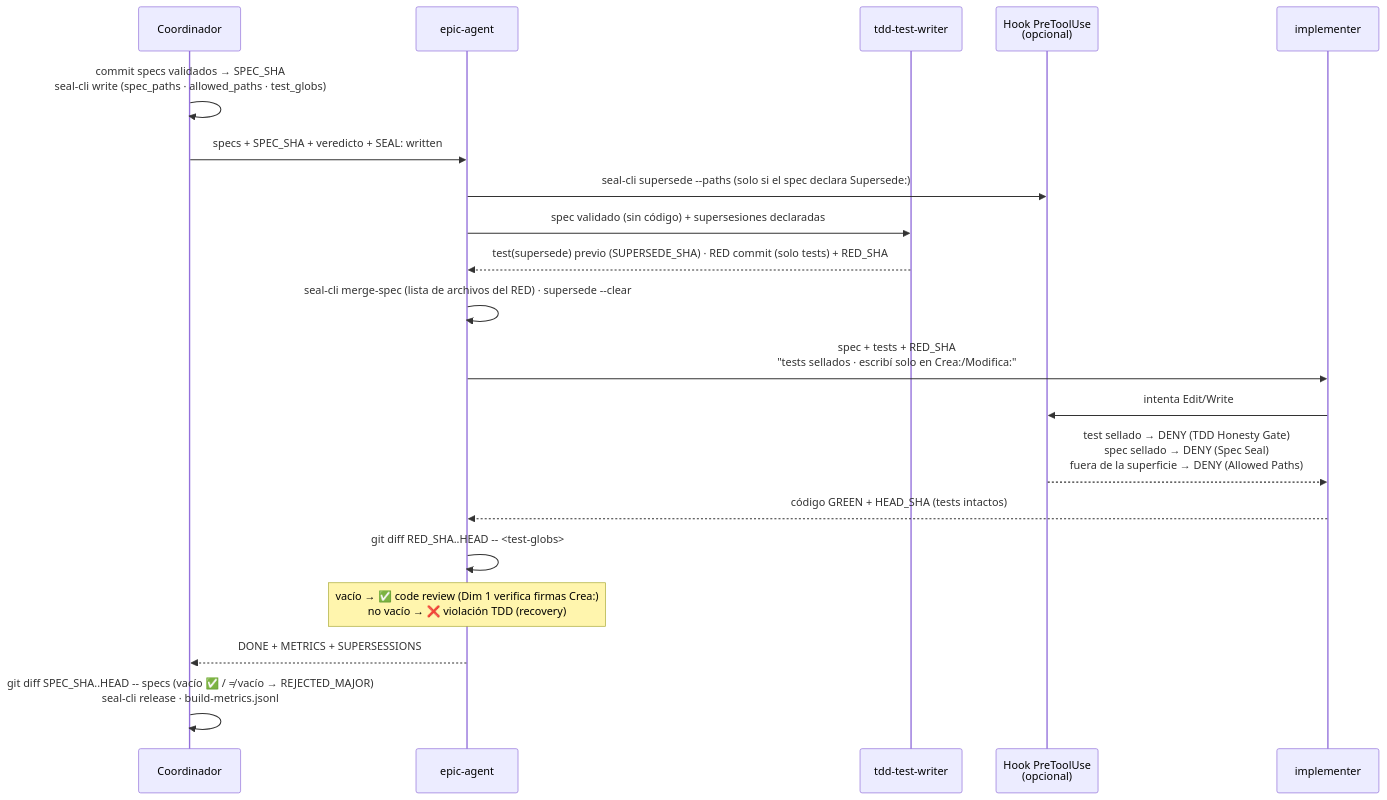
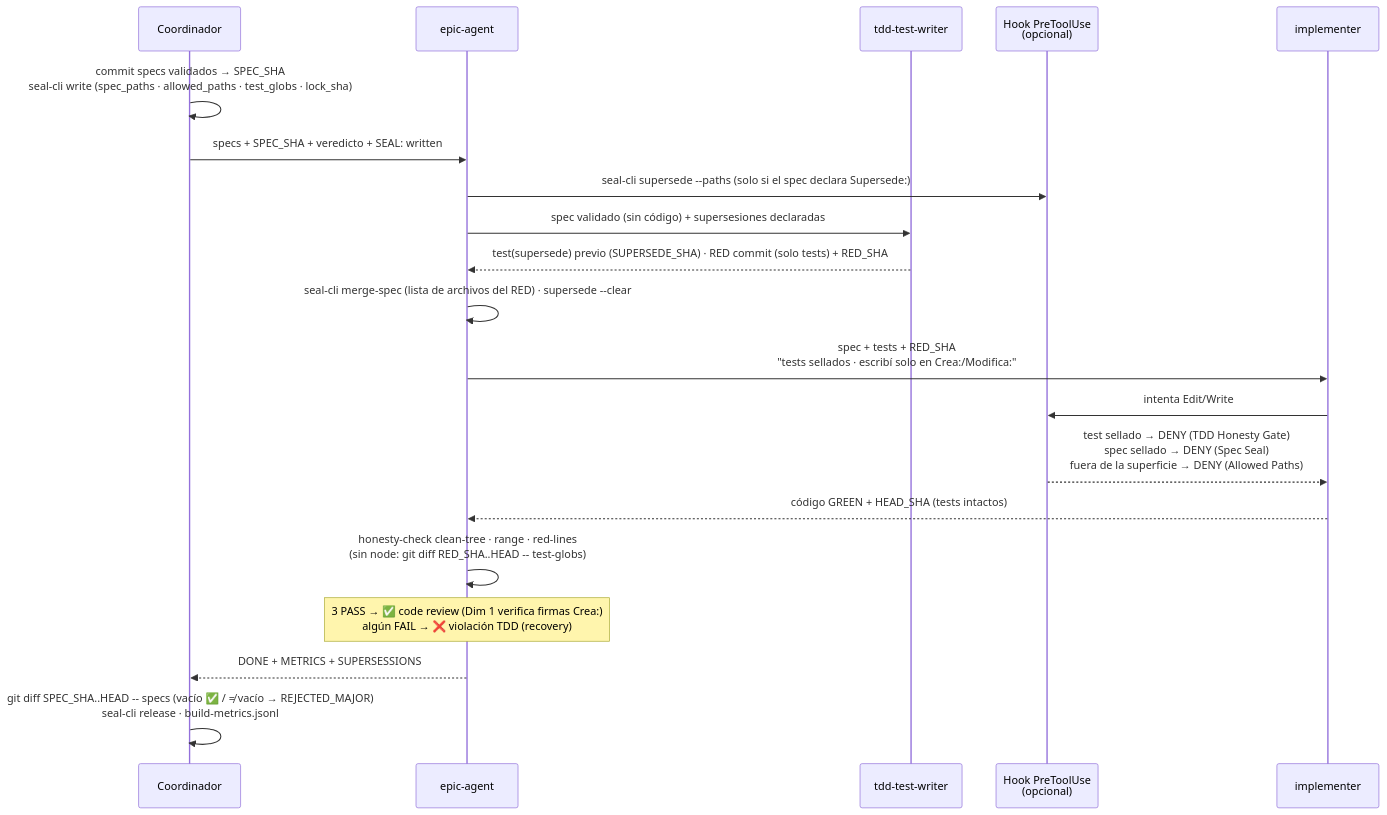
Before and after one commit to FerEscobarDev/Specture: the sixth of 20 diagrams in docs/execution-flows.md, drawn with Mermaid. The commit also changed other lines of this file and 9 other files, not shown here.

````diff
--- a/docs/execution-flows.md
+++ b/docs/execution-flows.md
@@ -218,23 +252,23 @@
 ```mermaid
 sequenceDiagram
     participant C as Coordinador
     participant O as epic-agent
     participant TW as tdd-test-writer
     participant H as Hook PreToolUse<br/>(opcional)
     participant IM as implementer
 
-    C->>C: commit specs validados → SPEC_SHA<br/>seal-cli write (spec_paths · allowed_paths · test_globs)
+    C->>C: commit specs validados → SPEC_SHA<br/>seal-cli write (spec_paths · allowed_paths · test_globs · lock_sha)
     C->>O: specs + SPEC_SHA + veredicto + SEAL: written
     O->>H: seal-cli supersede --paths (solo si el spec declara Supersede:)
     O->>TW: spec validado (sin código) + supersesiones declaradas
     TW-->>O: test(supersede) previo (SUPERSEDE_SHA) · RED commit (solo tests) + RED_SHA
     O->>O: seal-cli merge-spec (lista de archivos del RED) · supersede --clear
     O->>IM: spec + tests + RED_SHA<br/>"tests sellados · escribí solo en Crea:/Modifica:"
     IM->>H: intenta Edit/Write
     H-->>IM: test sellado → DENY (TDD Honesty Gate)<br/>spec sellado → DENY (Spec Seal)<br/>fuera de la superficie → DENY (Allowed Paths)
     IM-->>O: código GREEN + HEAD_SHA (tests intactos)
-    O->>O: git diff RED_SHA..HEAD -- <test-globs>
-    Note over O: vacío → ✅ code review (Dim 1 verifica firmas Crea:)<br/>no vacío → ❌ violación TDD (recovery)
+    O->>O: honesty-check clean-tree · range · red-lines<br/>(sin node: git diff RED_SHA..HEAD -- test-globs)
+    Note over O: 3 PASS → ✅ code review (Dim 1 verifica firmas Crea:)<br/>algún FAIL → ❌ violación TDD (recovery)
     O-->>C: DONE + METRICS + SUPERSESSIONS
     C->>C: git diff SPEC_SHA..HEAD -- specs (vacío ✅ / ≠ vacío → REJECTED_MAJOR)<br/>seal-cli release · build-metrics.jsonl
 ```
````
